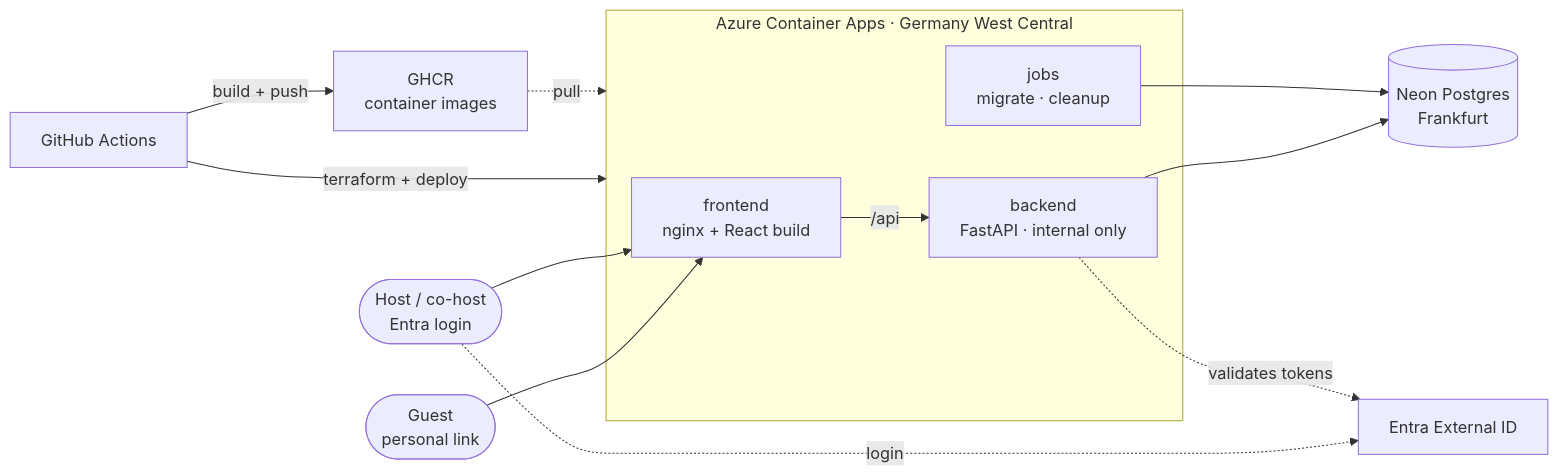
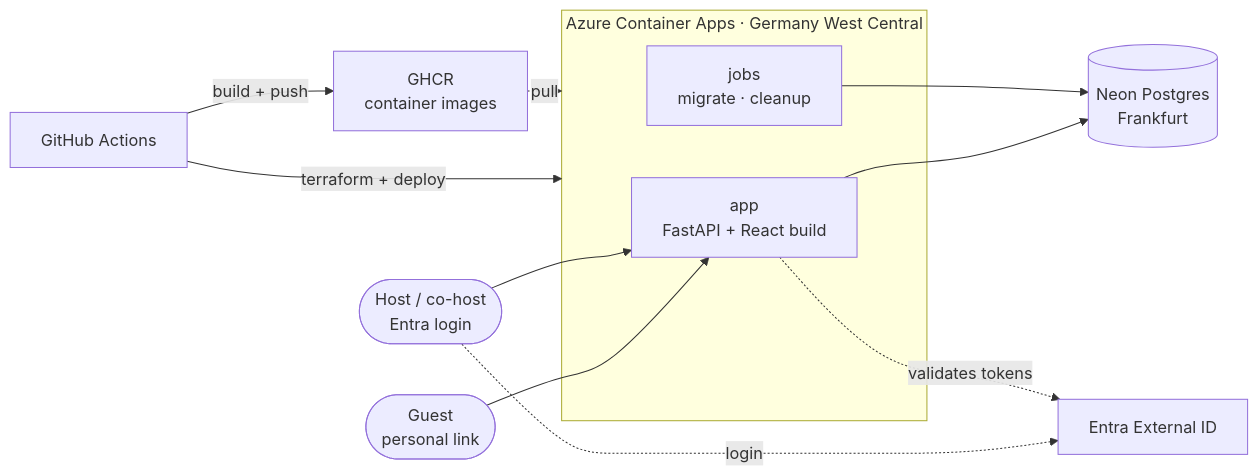
One commit to MalteSchul/guestlist changed the diagram in docs/architecture.md. Above: the diagram before and after it, drawn with Mermaid. The commit also changed other lines of this file and 21 other files, not shown here.

First line of the commit message:
One image: FastAPI serves the React build next to the API (#38)

````diff
--- a/docs/architecture.md
+++ b/docs/architecture.md
@@ -12,27 +12,25 @@
 ```mermaid
 flowchart LR
     guest([Guest<br/>personal link])
     host([Host / co-host<br/>Entra login])
 
     subgraph azure[Azure Container Apps · Germany West Central]
-        fe[frontend<br/>nginx + React build]
-        be[backend<br/>FastAPI · internal only]
+        app[app<br/>FastAPI + React build]
         jobs[jobs<br/>migrate · cleanup]
     end
 
     entra[Entra External ID]
     db[(Neon Postgres<br/>Frankfurt)]
     ghcr[GHCR<br/>container images]
     gha[GitHub Actions]
 
-    guest --> fe
-    host --> fe
+    guest --> app
+    host --> app
     host -. login .-> entra
-    fe -- /api --> be
-    be --> db
+    app --> db
     jobs --> db
-    be -. validates tokens .-> entra
+    app -. validates tokens .-> entra
     gha -- build + push --> ghcr
     gha -- terraform + deploy --> azure
     ghcr -. pull .-> azure
 ```
````
